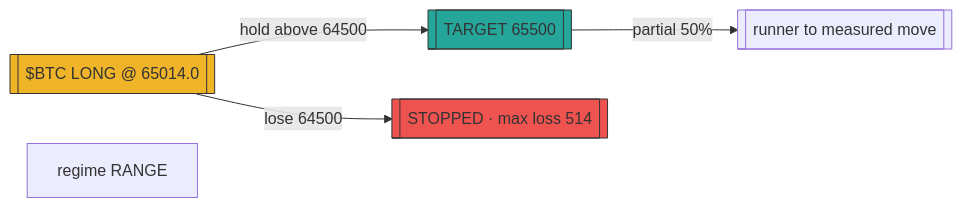
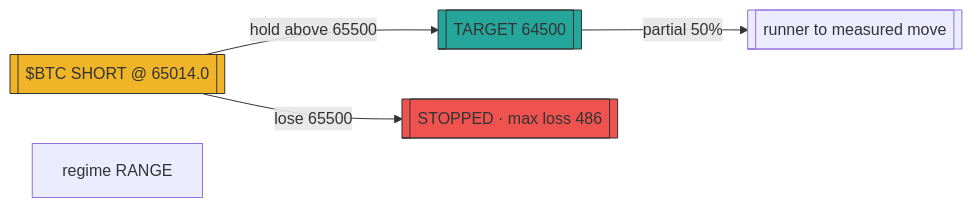
The diagram in astronomer/data/proveout_posts_astronomer_zero/2080598947245207644.mmd (prx0r/BEAR), drawn with Mermaid before and after one commit. The commit also changed 586 other files, not shown here.

```diff
--- a/astronomer/data/proveout_posts_astronomer_zero/2080598947245207644.mmd
+++ b/astronomer/data/proveout_posts_astronomer_zero/2080598947245207644.mmd
@@ -1,9 +1,9 @@
 flowchart LR
-    sig[["$BTC LONG @ 65014.0"]]
-    sig -->|"hold above 64500"| tgt[["TARGET 65500"]]
-    sig -->|"lose 64500"| stp[["STOPPED · max loss 514"]]
+    sig[["$BTC SHORT @ 65014.0"]]
+    sig -->|"hold above 65500"| tgt[["TARGET 64500"]]
+    sig -->|"lose 65500"| stp[["STOPPED · max loss 486"]]
     tgt -->|"partial 50%"| t2[["runner to measured move"]]
     style sig fill:#f0b429,stroke:#333
     style tgt fill:#26a69a,stroke:#333
     style stp fill:#ef5350,stroke:#333
     sub["regime RANGE" ]
```
